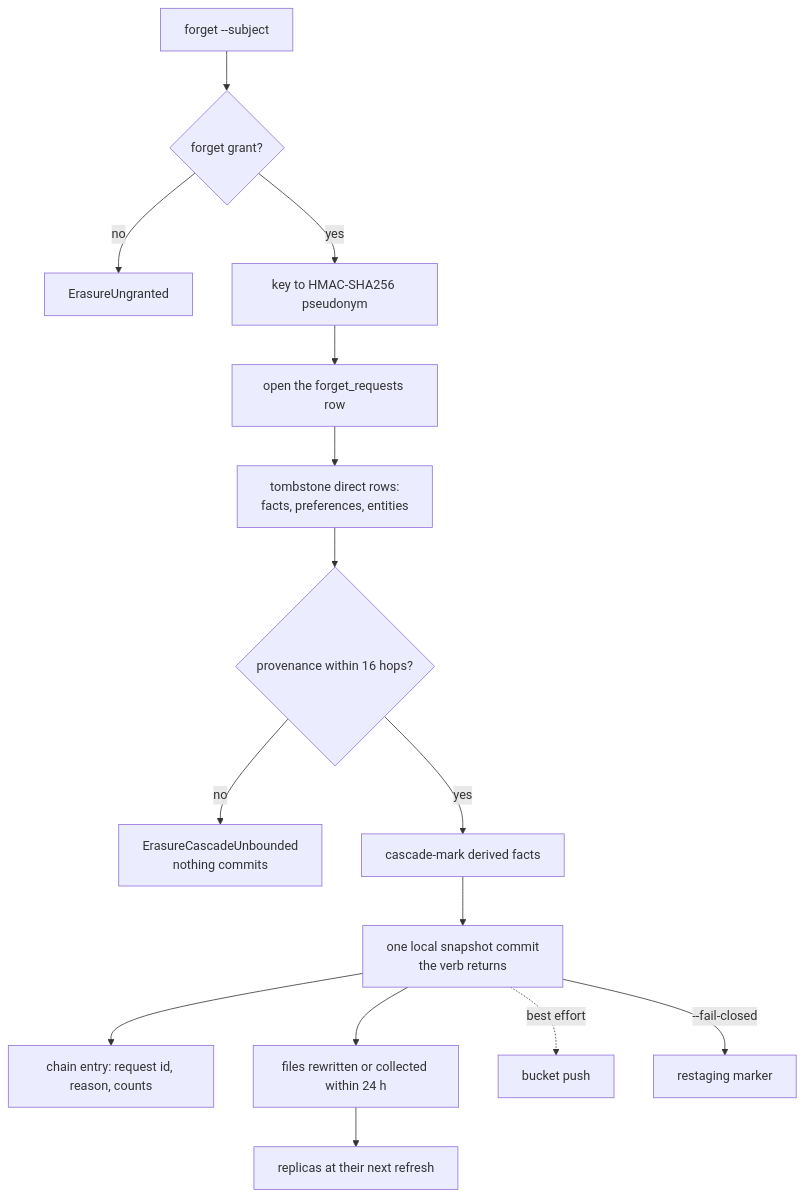
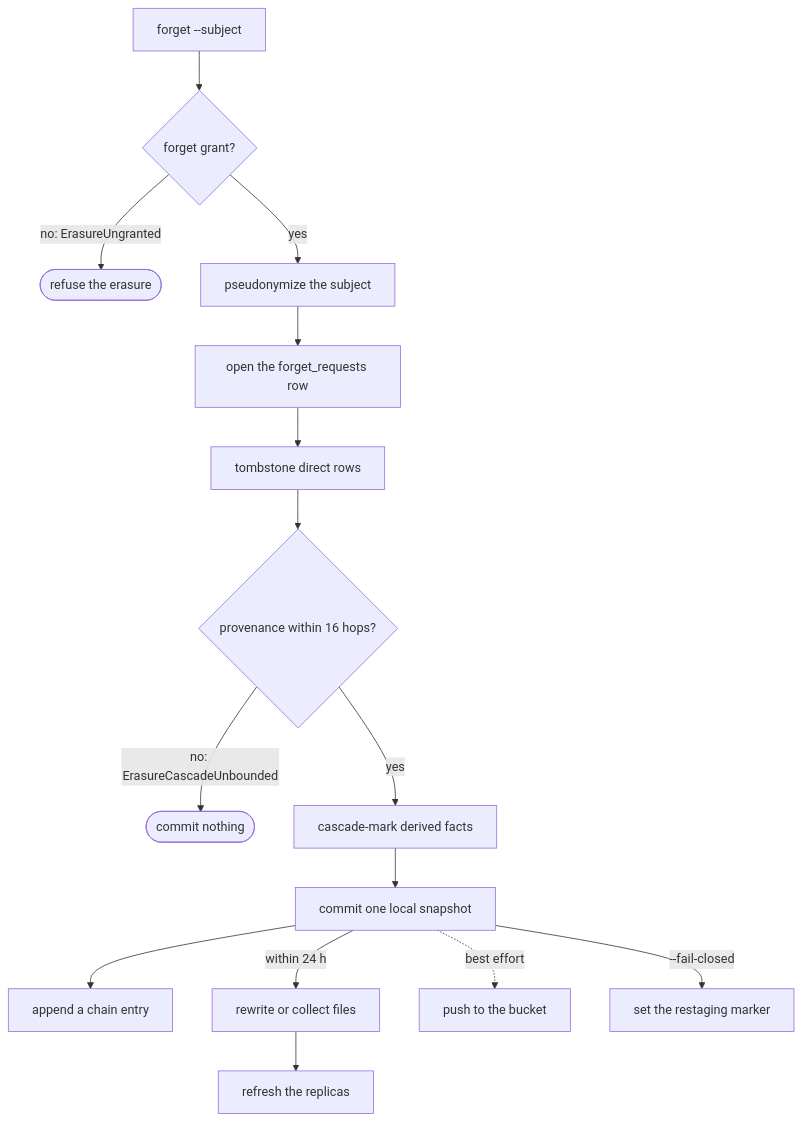
Before and after one commit to fractalboxdev/contextful: the third of 5 diagrams in spec/62-accountability.md, drawn with Mermaid. The commit also changed other lines of this file and 24 other files, not shown here.

First line of the commit message:
spec: every flowchart draws one entity or process per node

````diff
--- a/spec/62-accountability.md
+++ b/spec/62-accountability.md
@@ -138,17 +138,17 @@
 ```mermaid
 flowchart TD
   V["forget --subject"] --> G{"forget grant?"}
-  G -- no --> E1["ErasureUngranted"]
-  G -- yes --> PS["key to HMAC-SHA256 pseudonym"]
+  G -- "no: ErasureUngranted" --> E1(["refuse the erasure"])
+  G -- yes --> PS["pseudonymize the subject"]
   PS --> L["open the forget_requests row"]
-  L --> T["tombstone direct rows:<br/>facts, preferences, entities"]
+  L --> T["tombstone direct rows"]
   T --> C{"provenance within 16 hops?"}
-  C -- no --> E2["ErasureCascadeUnbounded<br/>nothing commits"]
+  C -- "no: ErasureCascadeUnbounded" --> E2(["commit nothing"])
   C -- yes --> M["cascade-mark derived facts"]
-  M --> COMMIT["one local snapshot commit<br/>the verb returns"]
-  COMMIT --> CH["chain entry: request id, reason, counts"]
-  COMMIT --> PHYS["files rewritten or collected within 24 h"]
-  COMMIT -. "best effort" .-> PUSH["bucket push"]
-  COMMIT -- "--fail-closed" --> GATE["restaging marker"]
-  PHYS --> REP["replicas at their next refresh"]
+  M --> COMMIT["commit one local snapshot"]
+  COMMIT --> CH["append a chain entry"]
+  COMMIT -- "within 24 h" --> PHYS["rewrite or collect files"]
+  COMMIT -. "best effort" .-> PUSH["push to the bucket"]
+  COMMIT -- "--fail-closed" --> GATE["set the restaging marker"]
+  PHYS --> REP["refresh the replicas"]
 ```
````
